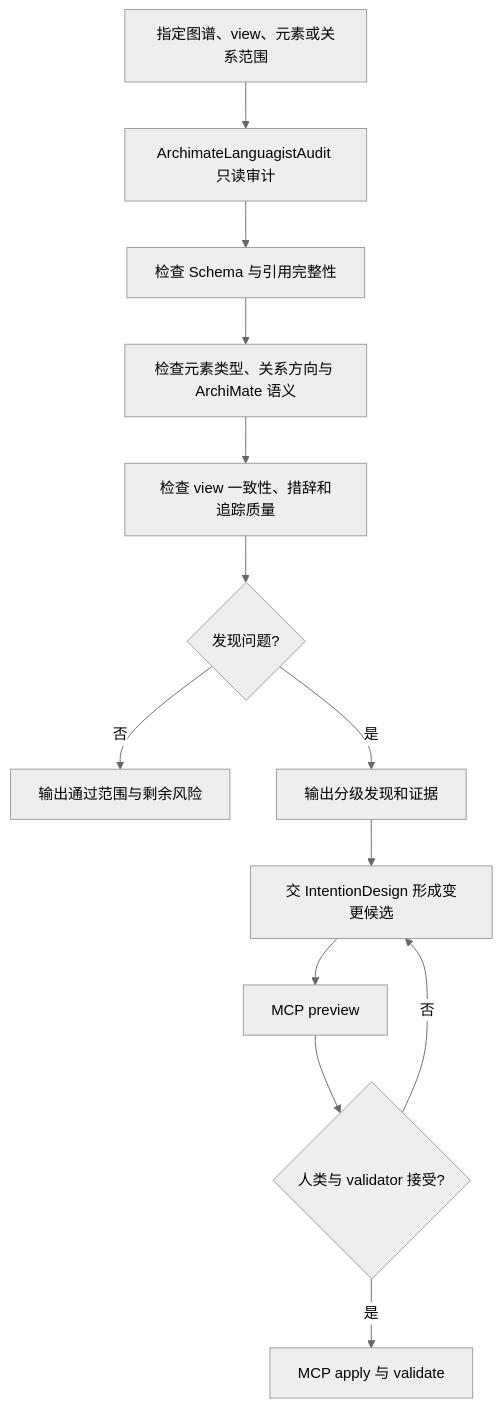
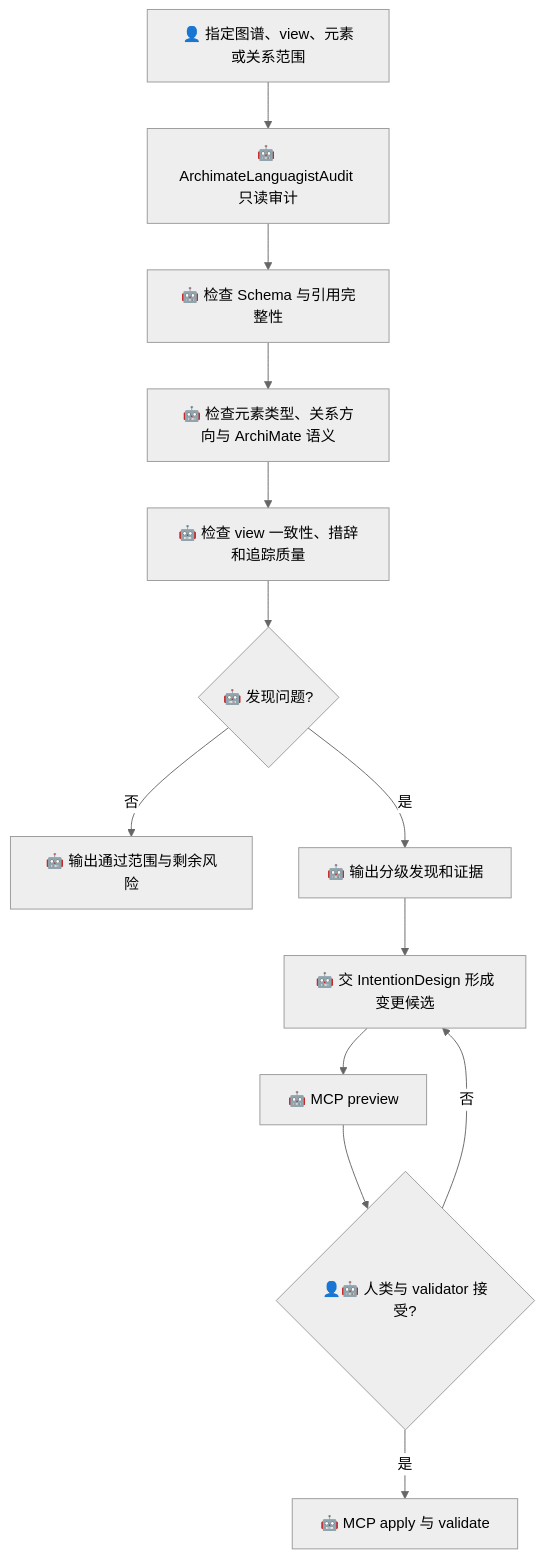
Before and after one commit to derekhu0002/Argo: the eighth of 11 diagrams in design/argo-harness/usage-scenarios/README.md, drawn with Mermaid (neutral theme). The commit also changed other lines of this file, not shown here.

````diff
--- a/design/argo-harness/usage-scenarios/README.md
+++ b/design/argo-harness/usage-scenarios/README.md
@@ -206,15 +209,15 @@
 ```mermaid
 flowchart TD
-    A[指定图谱、view、元素或关系范围] --> B[ArchimateLanguagistAudit 只读审计]
-    B --> C[检查 Schema 与引用完整性]
-    C --> D[检查元素类型、关系方向与 ArchiMate 语义]
-    D --> E[检查 view 一致性、措辞和追踪质量]
-    E --> F{发现问题?}
-    F -- 否 --> G[输出通过范围与剩余风险]
-    F -- 是 --> H[输出分级发现和证据]
-    H --> I[交 IntentionDesign 形成变更候选]
-    I --> J[MCP preview]
-    J --> K{人类与 validator 接受?}
+    A[👤 指定图谱、view、元素或关系范围] --> B[🤖 ArchimateLanguagistAudit 只读审计]
+    B --> C[🤖 检查 Schema 与引用完整性]
+    C --> D[🤖 检查元素类型、关系方向与 ArchiMate 语义]
+    D --> E[🤖 检查 view 一致性、措辞和追踪质量]
+    E --> F{🤖 发现问题?}
+    F -- 否 --> G[🤖 输出通过范围与剩余风险]
+    F -- 是 --> H[🤖 输出分级发现和证据]
+    H --> I[🤖 交 IntentionDesign 形成变更候选]
+    I --> J[🤖 MCP preview]
+    J --> K{👤🤖 人类与 validator 接受?}
     K -- 否 --> I
-    K -- 是 --> L[MCP apply 与 validate]
+    K -- 是 --> L[🤖 MCP apply 与 validate]
 ```
````
